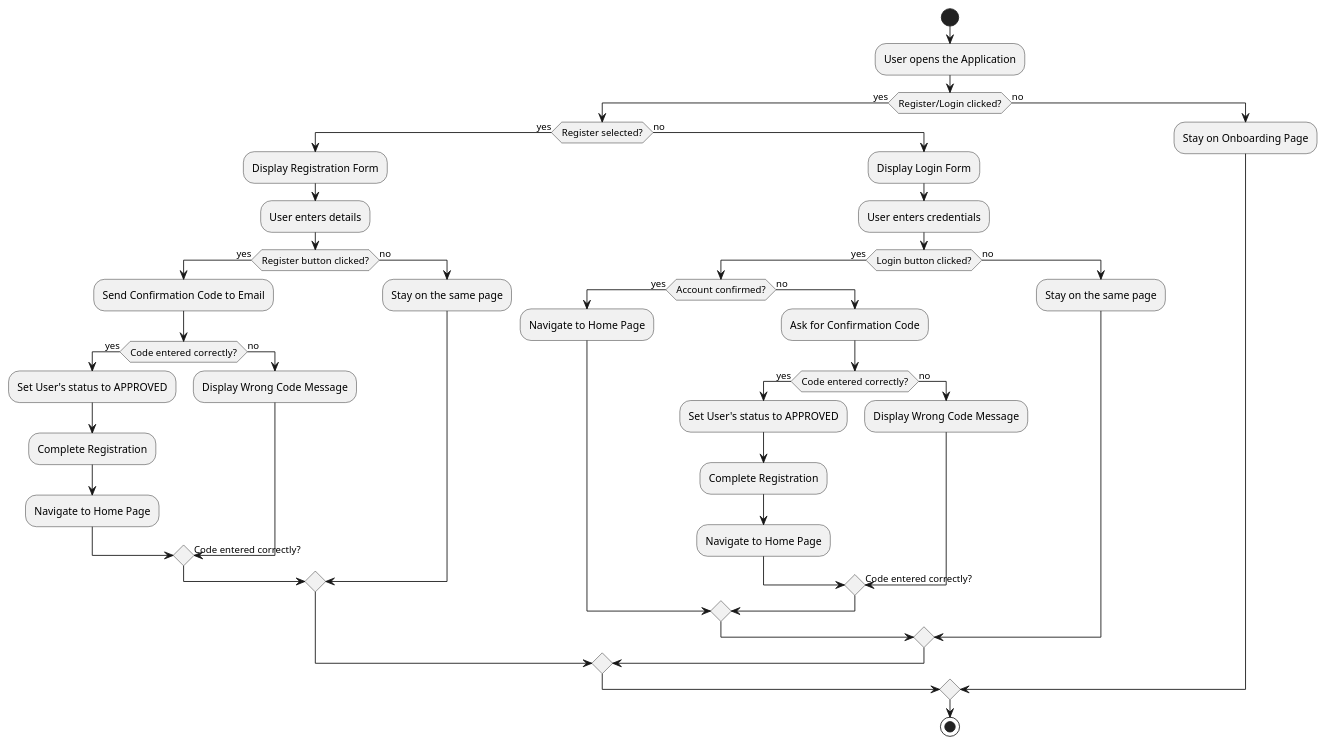
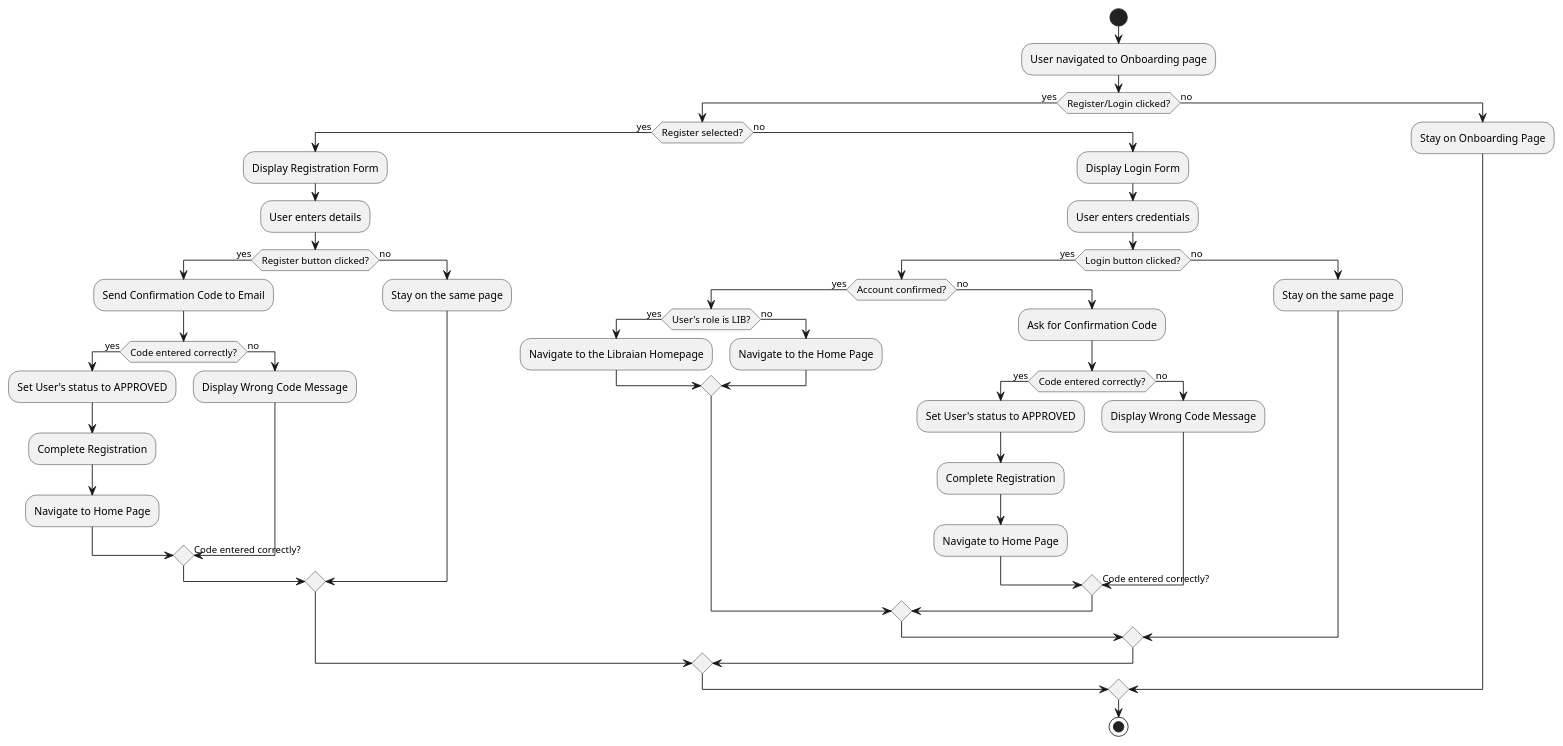
One commit to bartucank/mlm changed the diagram in docs/umlDiagrams/Activity Diagrams/1-Onboarding.puml. Above: the diagram before and after it, drawn with PlantUML. The commit also changed 34 other files, not shown here.

Commit message:
Diagrams

```diff
--- a/docs/umlDiagrams/Activity Diagrams/1-Onboarding.puml
+++ b/docs/umlDiagrams/Activity Diagrams/1-Onboarding.puml
@@ -1,48 +1,51 @@
 @startuml
-
 start
-:User opens the Application;
+:User navigated to Onboarding page;
 if (Register/Login clicked?) then (yes)
   if (Register selected?) then (yes)
     :Display Registration Form;
     :User enters details;
     if (Register button clicked?) then (yes)
       :Send Confirmation Code to Email;
       if (Code entered correctly?) then (yes)
         :Set User's status to APPROVED;
         :Complete Registration;
         :Navigate to Home Page;
       else (no)
         :Display Wrong Code Message;
         ->Code entered correctly?;
       endif
     else (no)
       :Stay on the same page;
     endif
   else (no)
     :Display Login Form;
     :User enters credentials;
     if (Login button clicked?) then (yes)
       if (Account confirmed?) then (yes)
-        :Navigate to Home Page;
+        if (User's role is LIB?) then (yes)
+          :Navigate to the Libraian Homepage;
+        else (no)
+          :Navigate to the Home Page;
+        endif
       else (no)
         :Ask for Confirmation Code;
         if (Code entered correctly?) then (yes)
           :Set User's status to APPROVED;
           :Complete Registration;
           :Navigate to Home Page;
         else (no)
           :Display Wrong Code Message;
           ->Code entered correctly?;
         endif
       endif
     else (no)
       :Stay on the same page;
     endif
   endif
 else (no)
   :Stay on Onboarding Page;
 endif
 stop
 
 @enduml
```
